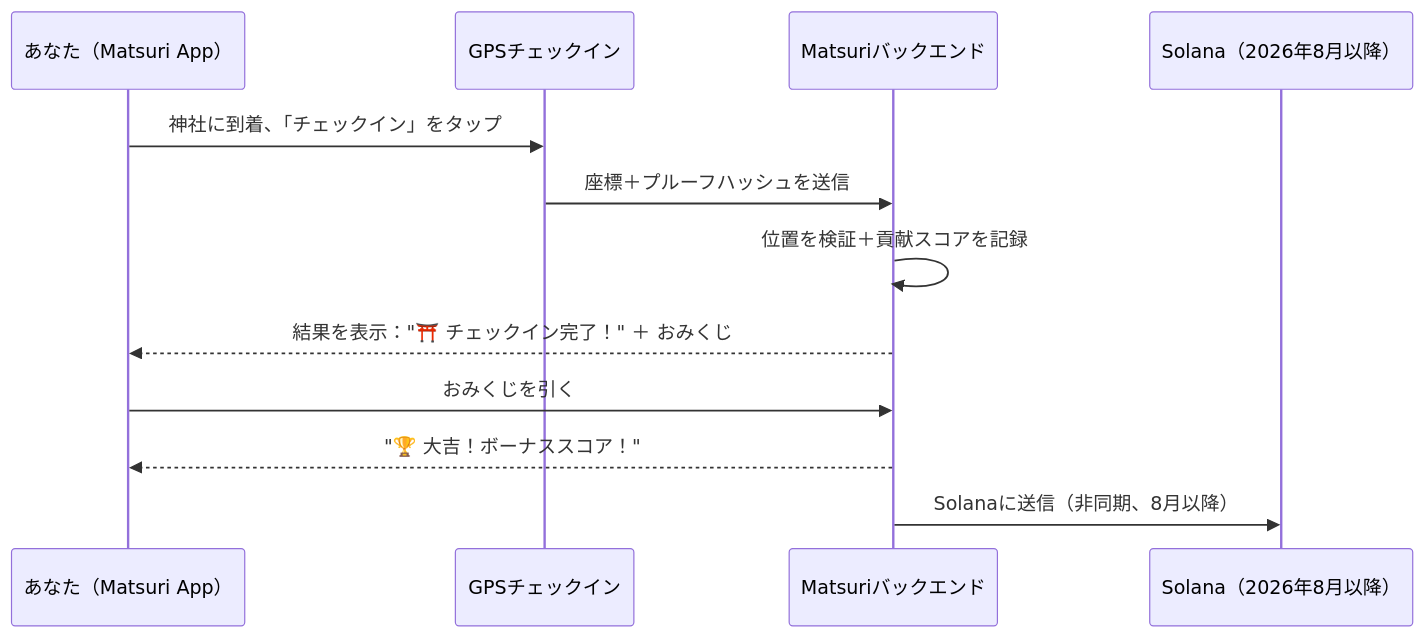
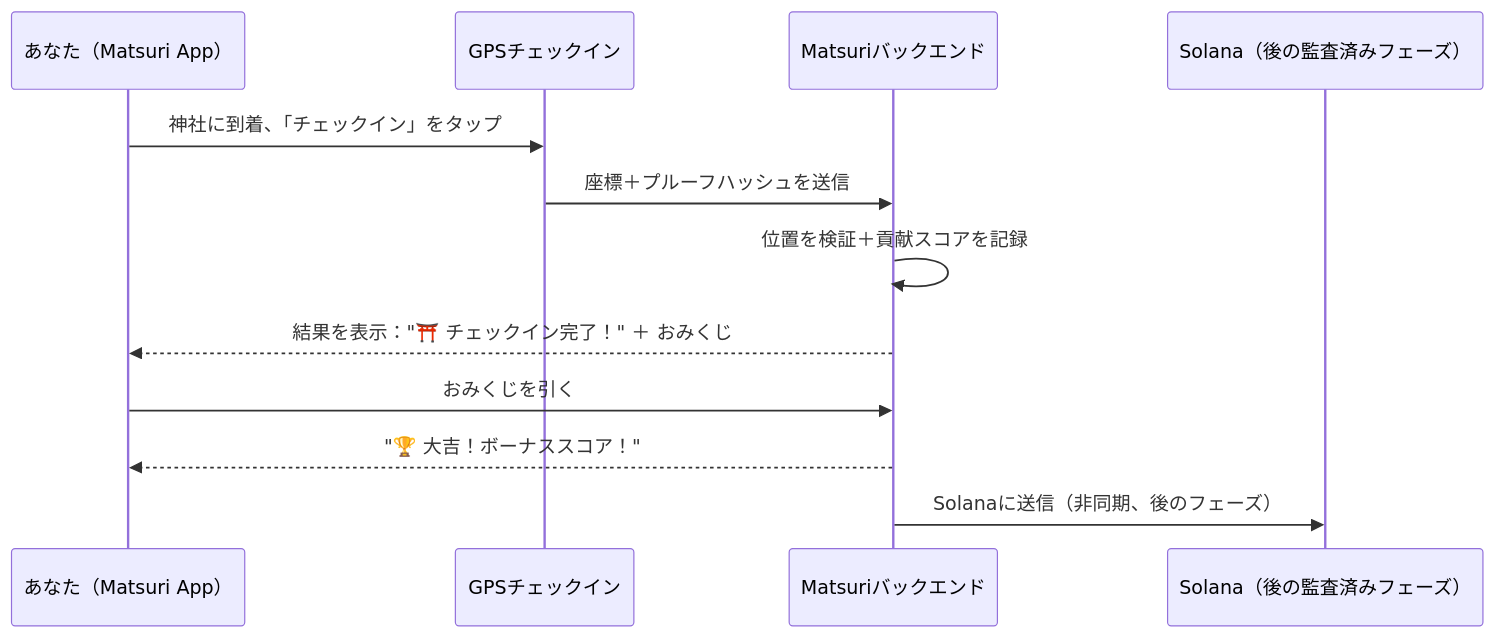
Before and after one commit to Cootakahashi/matsuri-dao-whitepaper: the third of 4 diagrams in i18n/ja/docusaurus-plugin-content-docs/current/04-mining.md, drawn with Mermaid. The commit also changed other lines of this file and 79 other files, not shown here.

First line of the commit message:
docs: re-sequence on-chain roadmap to match the staged Hashlock audit (20 locales)

````diff
--- a/i18n/ja/docusaurus-plugin-content-docs/current/04-mining.md
+++ b/i18n/ja/docusaurus-plugin-content-docs/current/04-mining.md
@@ -109,15 +109,15 @@
 ```mermaid
 sequenceDiagram
     participant U as あなた（Matsuri App）
     participant GPS as GPSチェックイン
     participant API as Matsuriバックエンド
-    participant SC as Solana（2026年8月以降）
+    participant SC as Solana（後の監査済みフェーズ）
 
     U->>GPS: 神社に到着、「チェックイン」をタップ
     GPS->>API: 座標＋プルーフハッシュを送信
     API->>API: 位置を検証＋貢献スコアを記録
     API-->>U: 結果を表示："⛩️ チェックイン完了！" ＋ おみくじ
     U->>API: おみくじを引く
     API-->>U: "🏆 大吉！ボーナススコア！"
-    API->>SC: Solanaに送信（非同期、8月以降）
+    API->>SC: Solanaに送信（非同期、後のフェーズ）
 ```
````
